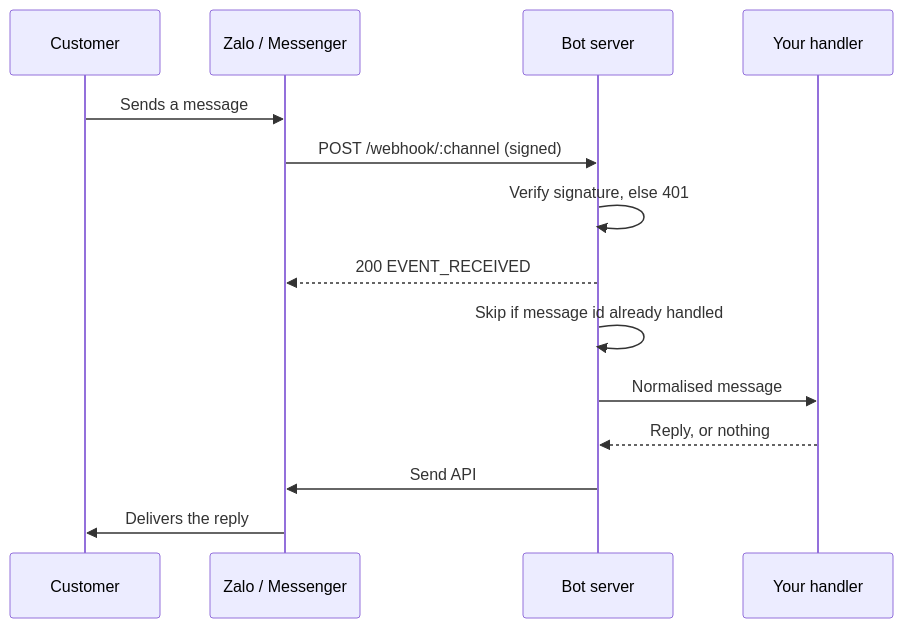
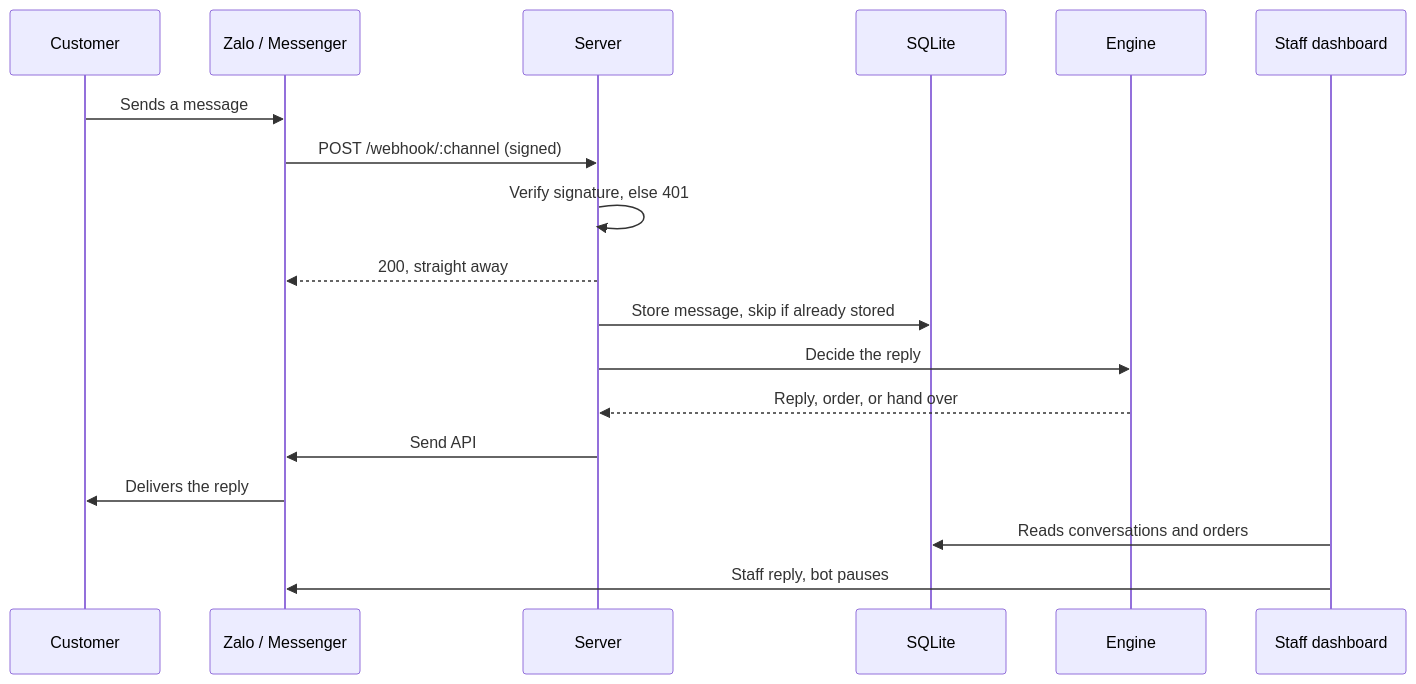
One commit to NexusPulseTech/chat-bot-starter changed the diagram in README.md. Above: the diagram before and after it, drawn with Mermaid. The commit also changed other lines of this file, not shown here.

````diff
--- a/README.md
+++ b/README.md
@@ -24,17 +74,21 @@
 ```mermaid
 sequenceDiagram
-    participant U as Customer
+    participant C as Customer
     participant P as Zalo / Messenger
-    participant S as Bot server
-    participant H as Your handler
+    participant S as Server
+    participant D as SQLite
+    participant E as Engine
+    participant A as Staff dashboard
 
-    U->>P: Sends a message
+    C->>P: Sends a message
     P->>S: POST /webhook/:channel (signed)
     S->>S: Verify signature, else 401
-    S-->>P: 200 EVENT_RECEIVED
-    S->>S: Skip if message id already handled
-    S->>H: Normalised message
-    H-->>S: Reply, or nothing
+    S-->>P: 200, straight away
+    S->>D: Store message, skip if already stored
+    S->>E: Decide the reply
+    E-->>S: Reply, order, or hand over
     S->>P: Send API
-    P->>U: Delivers the reply
+    P->>C: Delivers the reply
+    A->>D: Reads conversations and orders
+    A->>P: Staff reply, bot pauses
 ```
````
